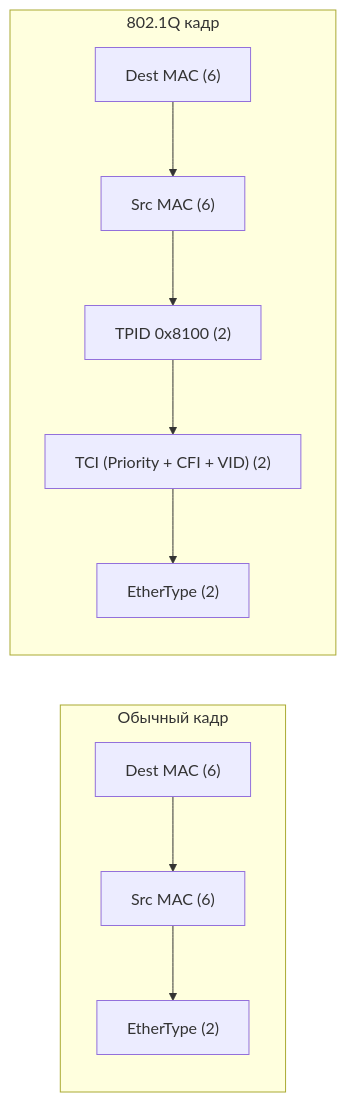
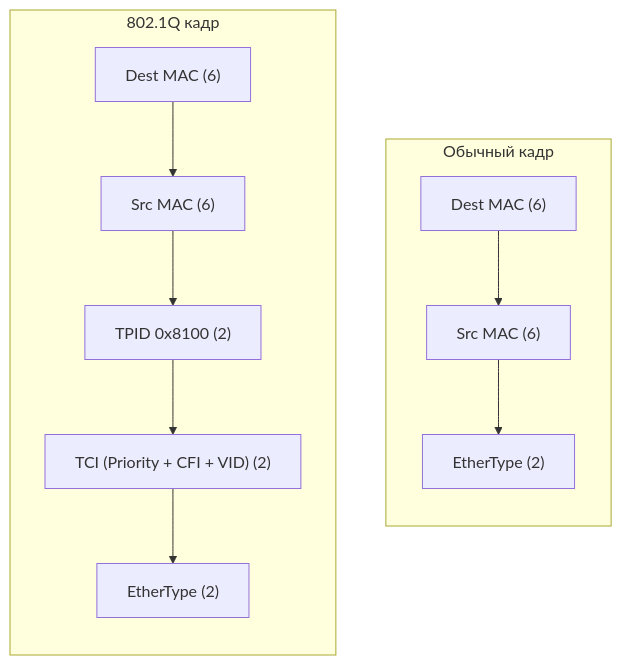
The diagram in ПМ.02 Организация сетевого администрирования операционных систем/5. Основы по сетям. Канальный уровень L2.md (Dzhambulat-Kagermanov/obsidian-ggkit-C1.23.41), drawn with Mermaid before and after one commit. The commit also changed other lines of this file, not shown here.

````diff
--- a/ПМ.02 Организация сетевого администрирования операционных систем/5. Основы по сетям. Канальный уровень L2.md
+++ b/ПМ.02 Организация сетевого администрирования операционных систем/5. Основы по сетям. Канальный уровень L2.md
@@ -16,13 +16,13 @@
 ```mermaid
-graph LR
+graph BT
   subgraph Обычный кадр
     DMAC["Dest MAC (6)"] --> SMAC["Src MAC (6)"]
     SMAC --> ET["EtherType (2)"]
   end
   subgraph 802.1Q кадр
     DMAC2["Dest MAC (6)"] --> SMAC2["Src MAC (6)"]
     SMAC2 --> TPID["TPID 0x8100 (2)"]
     TPID --> TCI["TCI (Priority + CFI + VID) (2)"]
     TCI --> ET2["EtherType (2)"]
   end
 ```
````
